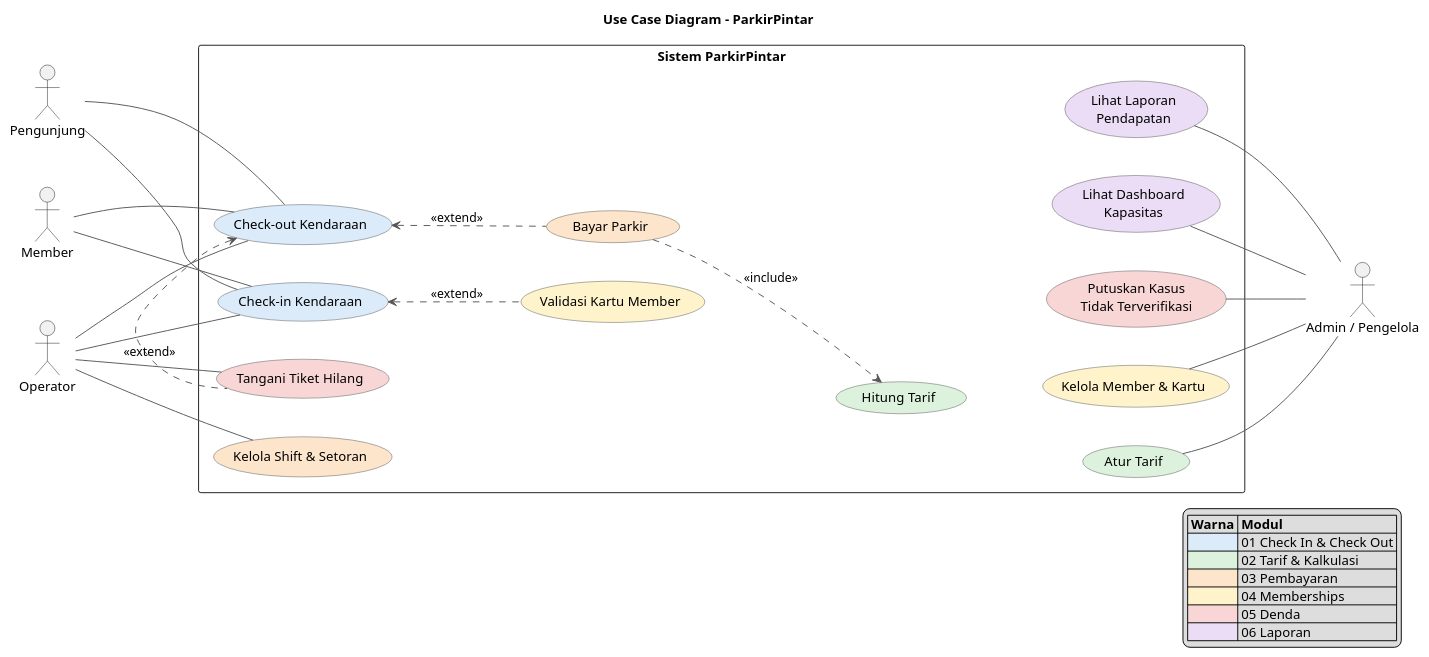
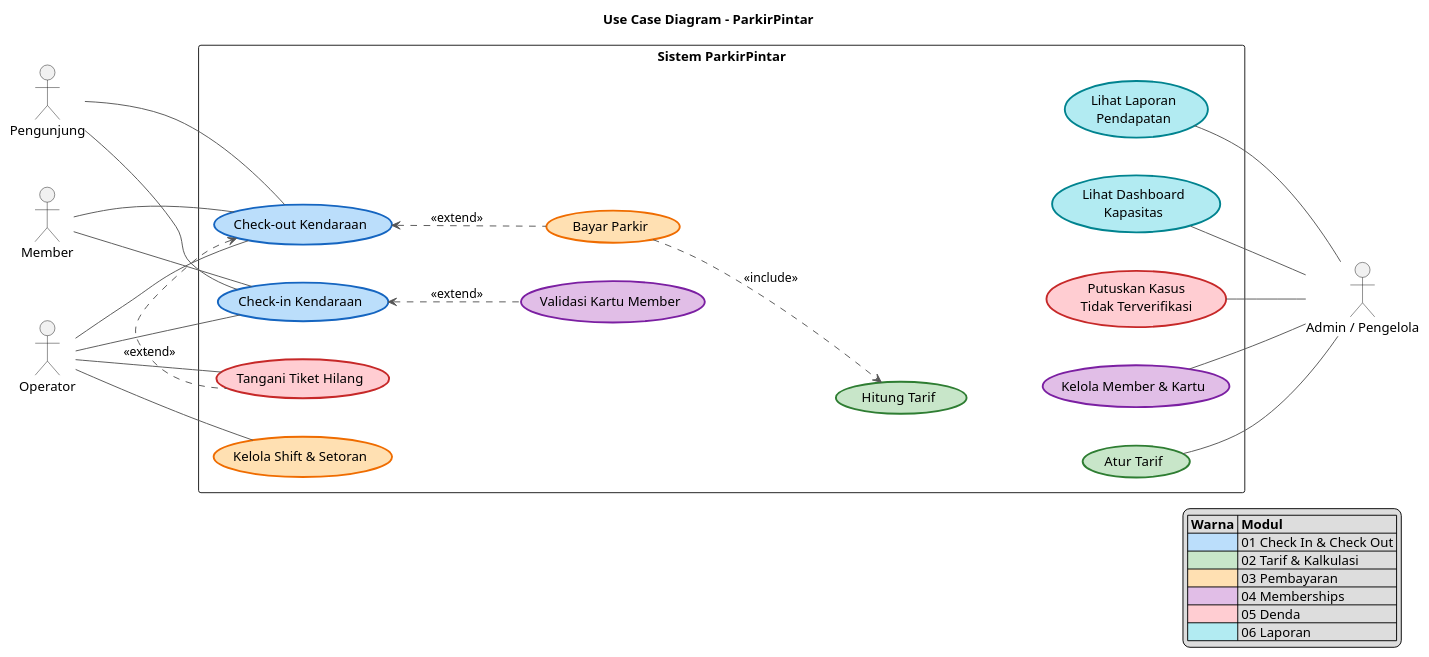
The diagram in docs/D3-use-case-diagram/Use Case Diagram - ParkirPintar.puml (Daxxiee0x1/ParkirPintar), drawn with PlantUML before and after one commit.

Commit message:
Update use case diagram colors and styles

```diff
--- a/docs/D3-use-case-diagram/Use Case Diagram - ParkirPintar.puml
+++ b/docs/D3-use-case-diagram/Use Case Diagram - ParkirPintar.puml
@@ -1,78 +1,79 @@
 @startuml use-case
 title Use Case Diagram - ParkirPintar
 
 left to right direction
 skinparam shadowing false
 skinparam nodesep 40
 skinparam ranksep 80
 skinparam usecase {
   BorderColor #555555
   ArrowColor #555555
   FontColor #000000
+  BorderThickness 2
 }
 
 actor "Pengunjung" as PG
 actor "Member" as MB
 actor "Operator" as OP
 actor "Admin / Pengelola" as AD
 
 rectangle "Sistem ParkirPintar" {
-  usecase "Check-in Kendaraan" as UC1 #DCEBFA
-  usecase "Check-out Kendaraan" as UC2 #DCEBFA
+  usecase "Check-in Kendaraan" as UC1 #BBDEFB;line:1565C0
+  usecase "Check-out Kendaraan" as UC2 #BBDEFB;line:1565C0
 
-  usecase "Hitung Tarif" as UC3 #DDF2DD
-  usecase "Atur Tarif" as UC4 #DDF2DD
+  usecase "Hitung Tarif" as UC3 #C8E6C9;line:2E7D32
+  usecase "Atur Tarif" as UC4 #C8E6C9;line:2E7D32
 
-  usecase "Bayar Parkir" as UC5 #FDE5CC
-  usecase "Kelola Shift & Setoran" as UC6 #FDE5CC
+  usecase "Bayar Parkir" as UC5 #FFE0B2;line:EF6C00
+  usecase "Kelola Shift & Setoran" as UC6 #FFE0B2;line:EF6C00
 
-  usecase "Validasi Kartu Member" as UC7 #FFF3CC
-  usecase "Kelola Member & Kartu" as UC8 #FFF3CC
+  usecase "Validasi Kartu Member" as UC7 #E1BEE7;line:7B1FA2
+  usecase "Kelola Member & Kartu" as UC8 #E1BEE7;line:7B1FA2
 
-  usecase "Tangani Tiket Hilang" as UC9 #F9D6D6
-  usecase "Putuskan Kasus\nTidak Terverifikasi" as UC10 #F9D6D6
+  usecase "Tangani Tiket Hilang" as UC9 #FFCDD2;line:C62828
+  usecase "Putuskan Kasus\nTidak Terverifikasi" as UC10 #FFCDD2;line:C62828
 
-  usecase "Lihat Dashboard\nKapasitas" as UC11 #EBDDF5
-  usecase "Lihat Laporan\nPendapatan" as UC12 #EBDDF5
+  usecase "Lihat Dashboard\nKapasitas" as UC11 #B2EBF2;line:00838F
+  usecase "Lihat Laporan\nPendapatan" as UC12 #B2EBF2;line:00838F
 }
 
 PG -- UC1
 PG -- UC2
 MB -- UC1
 MB -- UC2
 OP -- UC1
 OP -- UC2
 OP -- UC9
 OP -- UC6
 
 UC4 -- AD
 UC8 -- AD
 UC10 -- AD
 UC11 -- AD
 UC12 -- AD
 
 UC7 .up.> UC1 : <<extend>>
 UC5 .up.> UC2 : <<extend>>
 UC9 .left.> UC2 : <<extend>>
 UC5 .down.> UC3 : <<include>>
 
 UC1 -[hidden]right- UC2
 UC2 -[hidden]right- UC9
 UC9 -[hidden]right- UC6
 UC3 -[hidden]down- UC4
 UC4 -[hidden]right- UC8
 UC8 -[hidden]right- UC10
 UC10 -[hidden]right- UC11
 UC11 -[hidden]right- UC12
 
 legend right
   |= Warna |= Modul |
-  |<#DCEBFA>   | 01 Check In & Check Out |
-  |<#DDF2DD>   | 02 Tarif & Kalkulasi |
-  |<#FDE5CC>   | 03 Pembayaran |
-  |<#FFF3CC>   | 04 Memberships |
-  |<#F9D6D6>   | 05 Denda |
-  |<#EBDDF5>   | 06 Laporan |
+  |<#BBDEFB>   | 01 Check In & Check Out |
+  |<#C8E6C9>   | 02 Tarif & Kalkulasi |
+  |<#FFE0B2>   | 03 Pembayaran |
+  |<#E1BEE7>   | 04 Memberships |
+  |<#FFCDD2>   | 05 Denda |
+  |<#B2EBF2>   | 06 Laporan |
 endlegend
 
 @enduml
```
